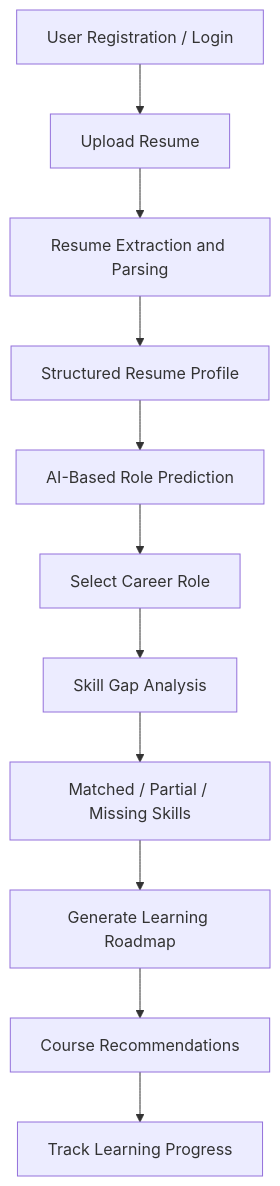
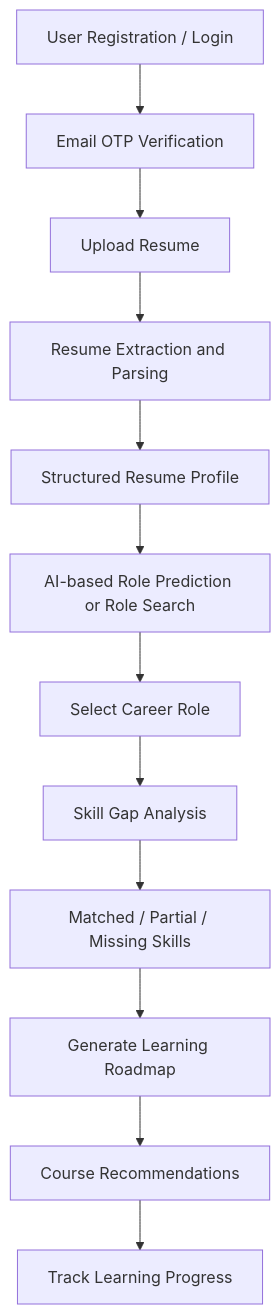
One commit to Padmapv28/skill_bridge changed the second of 2 diagrams in README.md. Above: the diagram before and after it, drawn with Mermaid. The commit also changed other lines of this file, not shown here.

````diff
--- a/README.md
+++ b/README.md
@@ -151,13 +168,14 @@
 ```mermaid
 flowchart TD
-    A[User Registration / Login] --> B[Upload Resume]
-    B --> C[Resume Extraction and Parsing]
-    C --> D[Structured Resume Profile]
-    D --> E[AI-Based Role Prediction]
-    E --> F[Select Career Role]
-    F --> G[Skill Gap Analysis]
-    G --> H[Matched / Partial / Missing Skills]
-    H --> I[Generate Learning Roadmap]
-    I --> J[Course Recommendations]
-    J --> K[Track Learning Progress]
+    A[User Registration / Login] --> B[Email OTP Verification]
+    B --> C[Upload Resume]
+    C --> D[Resume Extraction and Parsing]
+    D --> E[Structured Resume Profile]
+    E --> F[AI-based Role Prediction or Role Search]
+    F --> G[Select Career Role]
+    G --> H[Skill Gap Analysis]
+    H --> I[Matched / Partial / Missing Skills]
+    I --> J[Generate Learning Roadmap]
+    J --> K[Course Recommendations]
+    K --> L[Track Learning Progress]
 ```
````
